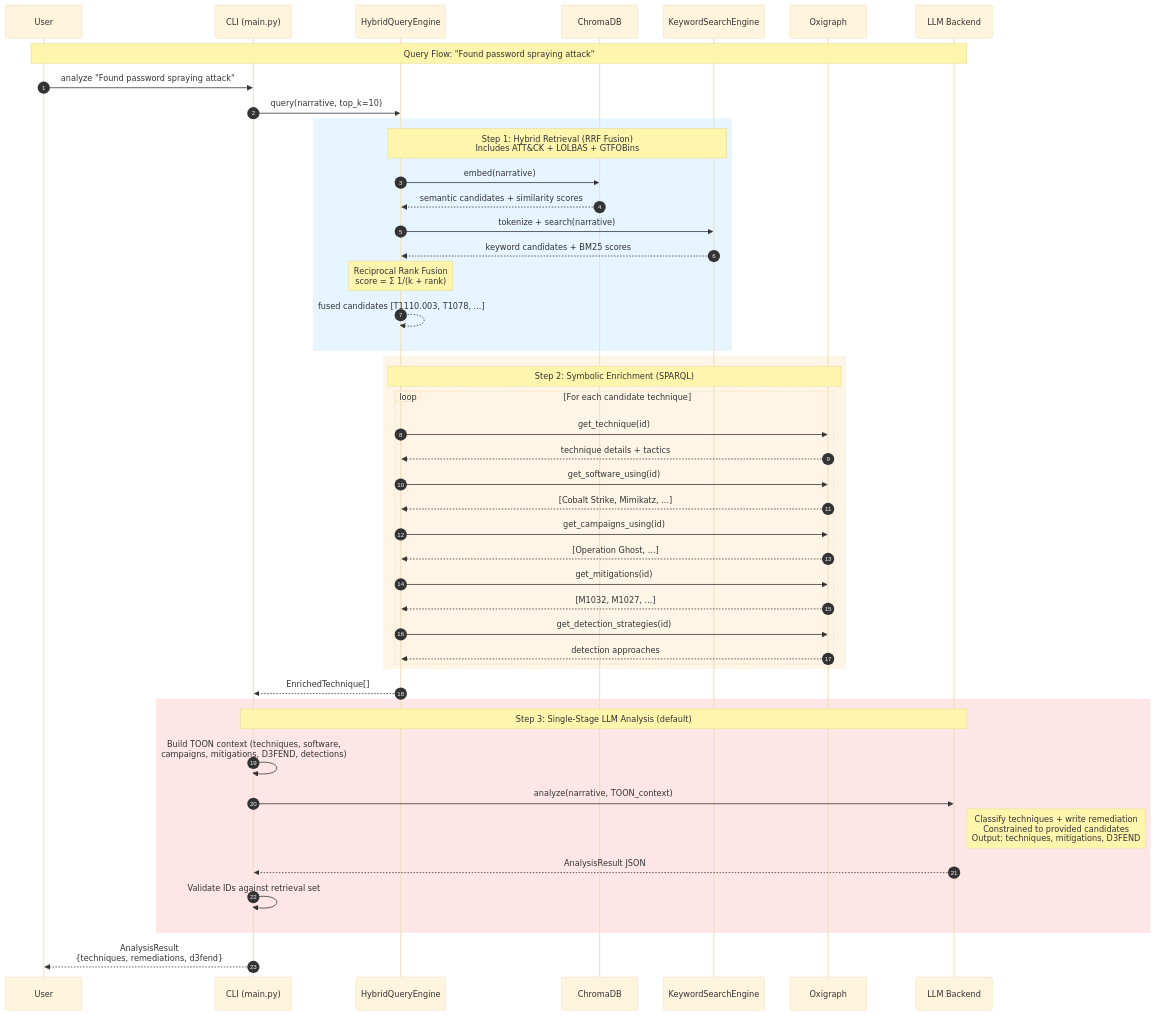
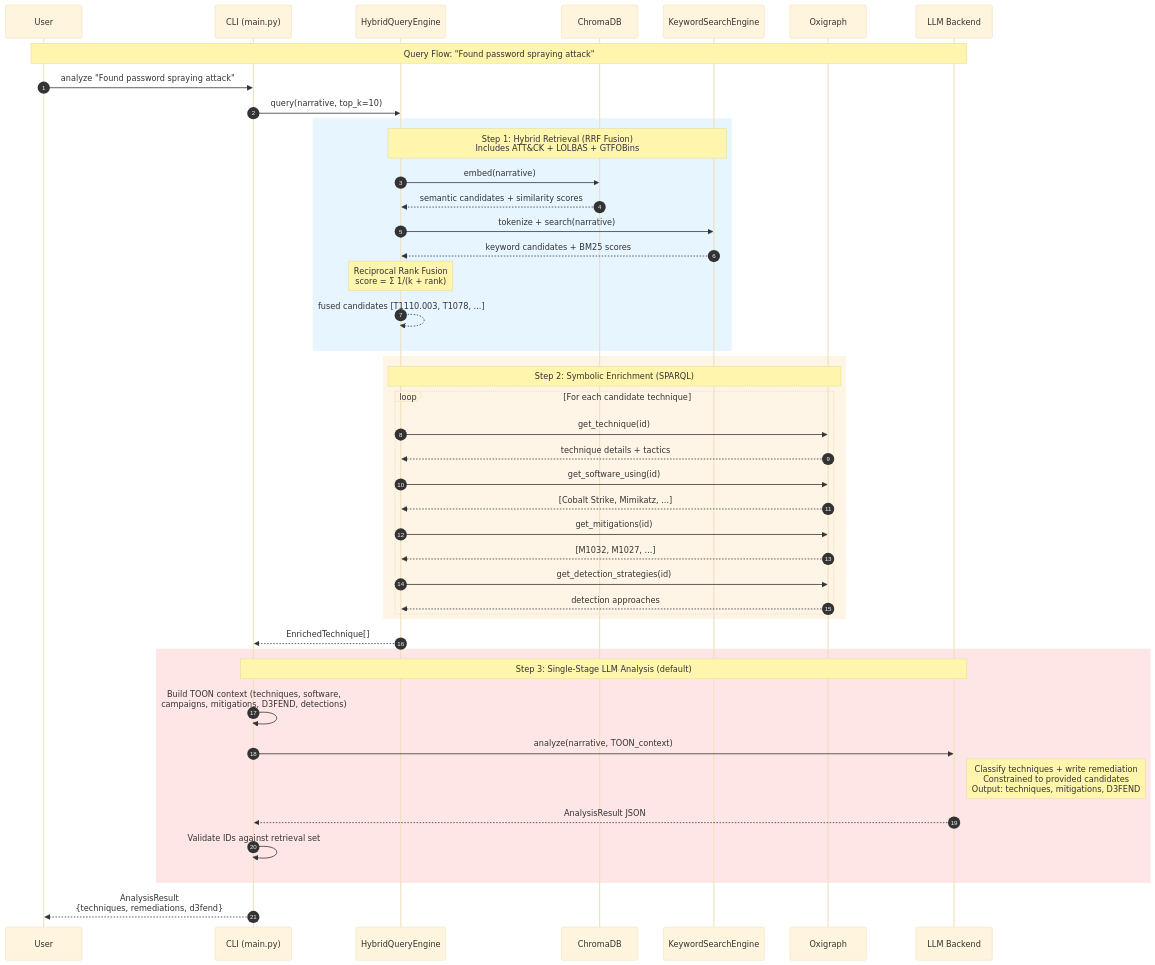
Before and after one commit to jackwillis/attack-kg: the diagram in docs/architecture/data-flow.mmd, drawn with Mermaid. The commit also changed 2 other files, not shown here.

Commit message:
Remove campaigns from LLM context, update diagrams for single-stage
- Set include_campaigns=False by default in build_toon_context()
- Update architecture diagrams to show single-stage as default
- Remove two-stage pipeline boxes, add TOON encoder to flow
- Update SPARQL enrichment to show software + detection strategies

Campaigns and groups are still retrieved but only shown in CLI/REPL,
not passed to LLM (rarely useful for remediation decisions).

```diff
--- a/docs/architecture/data-flow.mmd
+++ b/docs/architecture/data-flow.mmd
@@ -1,55 +1,53 @@
 %%{init: {'theme': 'base'}}%%
 
 sequenceDiagram
     autonumber
     participant User
     participant CLI as CLI (main.py)
     participant Hybrid as HybridQueryEngine
     participant Vectors as ChromaDB
     participant BM25 as KeywordSearchEngine
     participant Graph as Oxigraph
     participant LLM as LLM Backend
 
     Note over User,LLM: Query Flow: "Found password spraying attack"
 
     User->>CLI: analyze "Found password spraying attack"
     CLI->>Hybrid: query(narrative, top_k=10)
 
     rect rgb(230, 245, 255)
         Note over Hybrid,BM25: Step 1: Hybrid Retrieval (RRF Fusion)<br/>Includes ATT&CK + LOLBAS + GTFOBins
         Hybrid->>Vectors: embed(narrative)
         Vectors-->>Hybrid: semantic candidates + similarity scores
         Hybrid->>BM25: tokenize + search(narrative)
         BM25-->>Hybrid: keyword candidates + BM25 scores
         Note over Hybrid: Reciprocal Rank Fusion<br/>score = Σ 1/(k + rank)
         Hybrid-->>Hybrid: fused candidates [T1110.003, T1078, ...]
     end
 
     rect rgb(255, 245, 230)
         Note over Hybrid,Graph: Step 2: Symbolic Enrichment (SPARQL)
         loop For each candidate technique
             Hybrid->>Graph: get_technique(id)
             Graph-->>Hybrid: technique details + tactics
             Hybrid->>Graph: get_software_using(id)
             Graph-->>Hybrid: [Cobalt Strike, Mimikatz, ...]
-            Hybrid->>Graph: get_campaigns_using(id)
-            Graph-->>Hybrid: [Operation Ghost, ...]
             Hybrid->>Graph: get_mitigations(id)
             Graph-->>Hybrid: [M1032, M1027, ...]
             Hybrid->>Graph: get_detection_strategies(id)
             Graph-->>Hybrid: detection approaches
         end
     end
 
     Hybrid-->>CLI: EnrichedTechnique[]
 
     rect rgb(255, 230, 230)
         Note over CLI,LLM: Step 3: Single-Stage LLM Analysis (default)
         CLI->>CLI: Build TOON context (techniques, software,<br/>campaigns, mitigations, D3FEND, detections)
         CLI->>LLM: analyze(narrative, TOON_context)
         Note right of LLM: Classify techniques + write remediation<br/>Constrained to provided candidates<br/>Output: techniques, mitigations, D3FEND
         LLM-->>CLI: AnalysisResult JSON
         CLI->>CLI: Validate IDs against retrieval set
     end
 
     CLI-->>User: AnalysisResult<br/>{techniques, remediations, d3fend}
```
